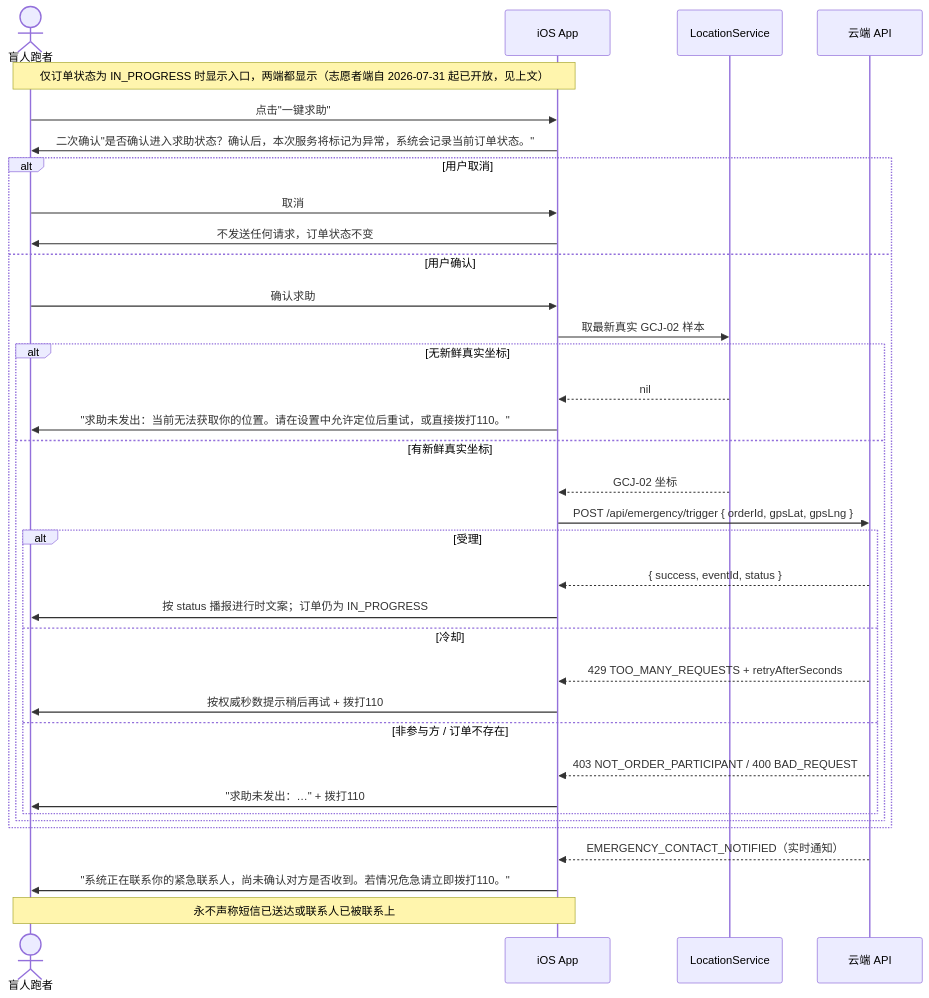
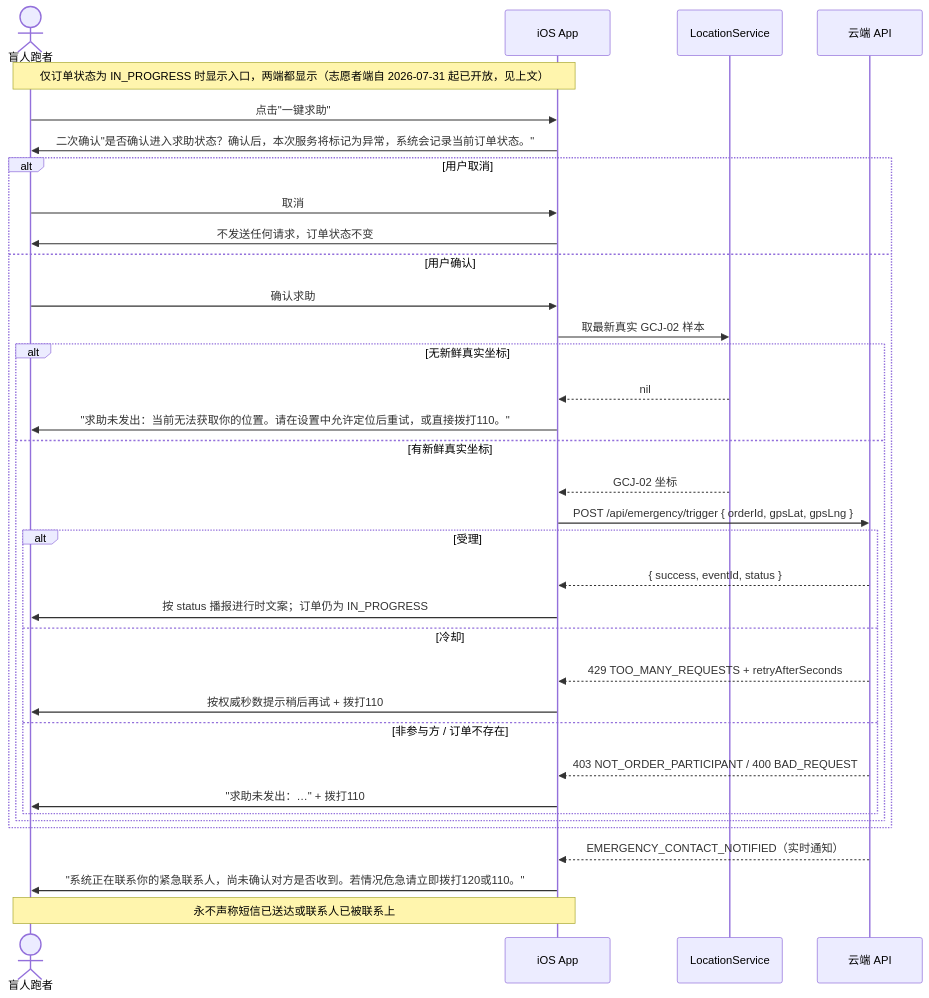
Before and after one commit to Jayden23018/blind-run-ios: the fifth of 8 diagrams in docs/04-user-flows-and-state-machine.md, drawn with Mermaid. The commit also changed 18 other files, not shown here.

````diff
--- a/docs/04-user-flows-and-state-machine.md
+++ b/docs/04-user-flows-and-state-machine.md
@@ -265,41 +265,41 @@
 ```mermaid
 sequenceDiagram
     actor BR as 盲人跑者
     participant App as iOS App
     participant Loc as LocationService
     participant API as 云端 API
 
     Note over BR,App: 仅订单状态为 IN_PROGRESS 时显示入口，两端都显示（志愿者端自 2026-07-31 起已开放，见上文）
 
     BR->>App: 点击"一键求助"
     App->>BR: 二次确认"是否确认进入求助状态？确认后，本次服务将标记为异常，系统会记录当前订单状态。"
 
     alt 用户取消
         BR->>App: 取消
         App->>BR: 不发送任何请求，订单状态不变
     else 用户确认
         BR->>App: 确认求助
         App->>Loc: 取最新真实 GCJ-02 样本
         alt 无新鲜真实坐标
             Loc-->>App: nil
             App->>BR: "求助未发出：当前无法获取你的位置。请在设置中允许定位后重试，或直接拨打110。"
         else 有新鲜真实坐标
             Loc-->>App: GCJ-02 坐标
             App->>API: POST /api/emergency/trigger { orderId, gpsLat, gpsLng }
             alt 受理
                 API-->>App: { success, eventId, status }
                 App->>BR: 按 status 播报进行时文案；订单仍为 IN_PROGRESS
             else 冷却
                 API-->>App: 429 TOO_MANY_REQUESTS + retryAfterSeconds
                 App->>BR: 按权威秒数提示稍后再试 + 拨打110
             else 非参与方 / 订单不存在
                 API-->>App: 403 NOT_ORDER_PARTICIPANT / 400 BAD_REQUEST
                 App->>BR: "求助未发出：…" + 拨打110
             end
         end
     end
 
     API-->>App: EMERGENCY_CONTACT_NOTIFIED（实时通知）
-    App->>BR: "系统正在联系你的紧急联系人，尚未确认对方是否收到。若情况危急请立即拨打110。"
+    App->>BR: "系统正在联系你的紧急联系人，尚未确认对方是否收到。若情况危急请立即拨打120或110。"
     Note over App,BR: 永不声称短信已送达或联系人已被联系上
 ```
````
